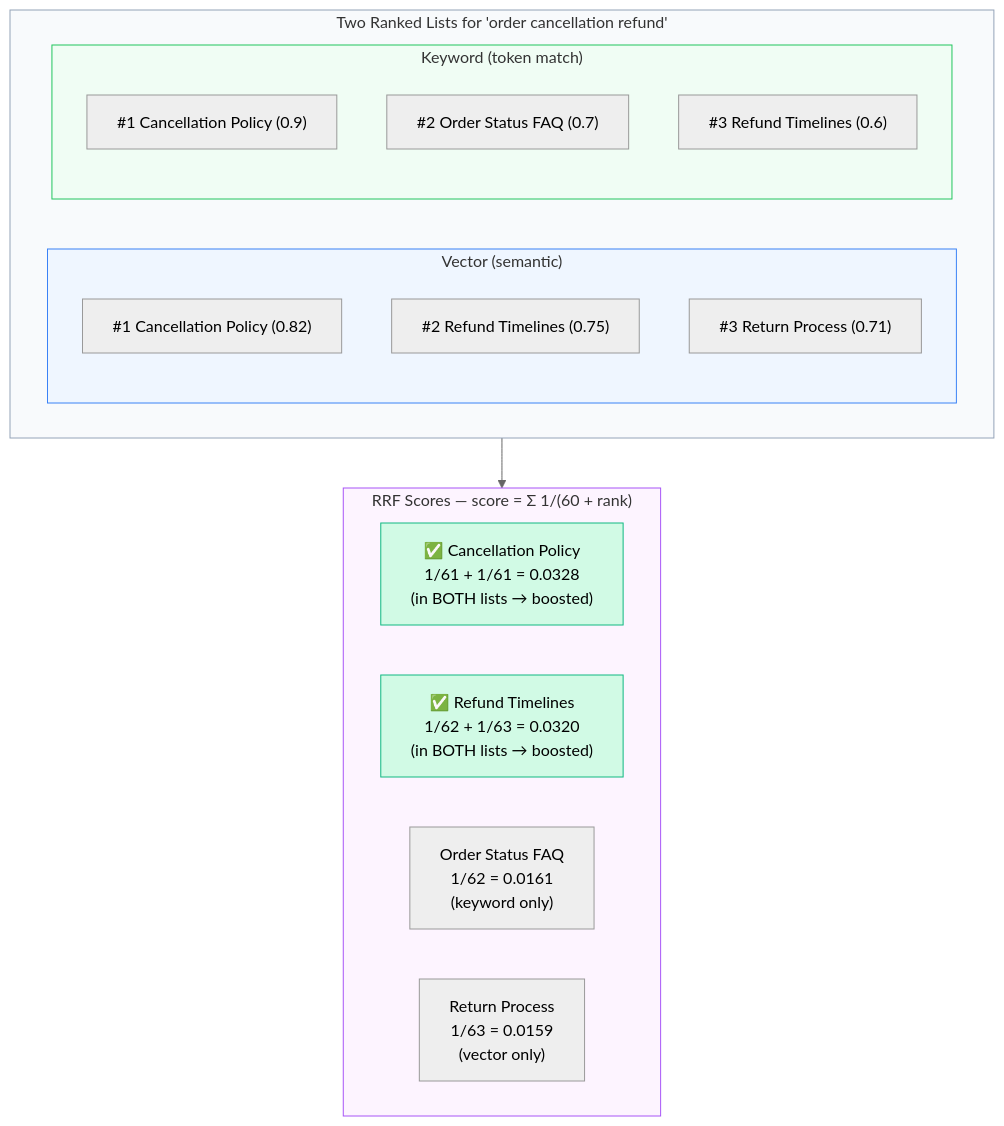
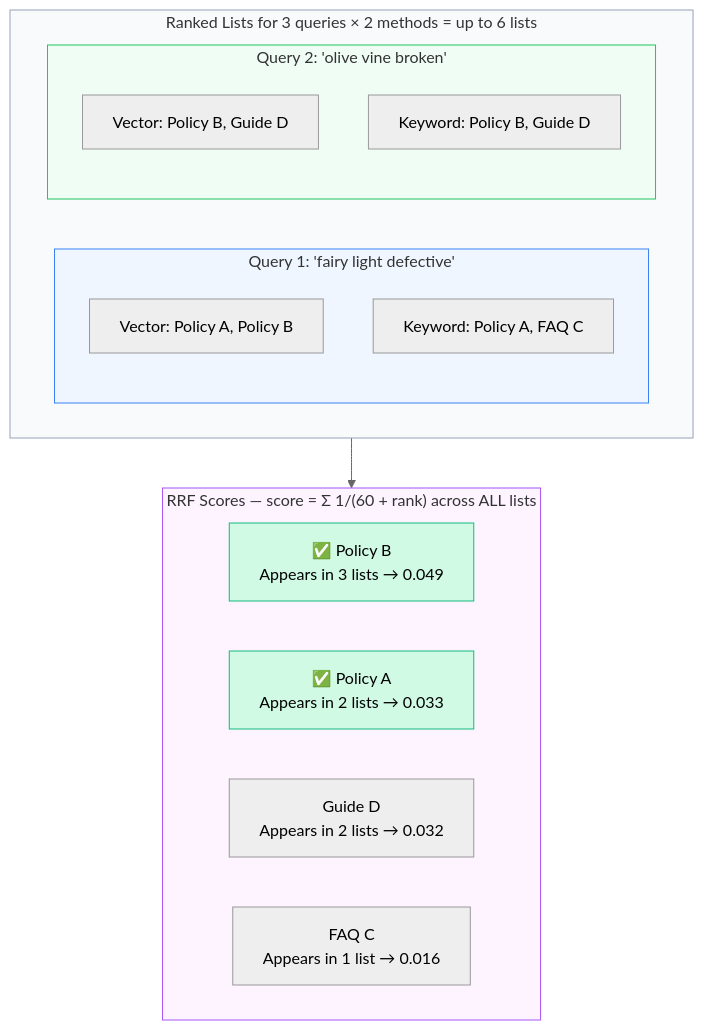
Before and after one commit to RyanJericDev/diagrams: the tenth of 10 diagrams in vector-search.md, drawn with Mermaid (neutral theme). The commit also changed other lines of this file, not shown here.

Commit message:
Update vector search diagram with multi-query, reranking, and feedback loop

````diff
--- a/vector-search.md
+++ b/vector-search.md
@@ -145,32 +321,30 @@
 ```mermaid
 flowchart TD
-    subgraph input["Two Ranked Lists for 'order cancellation refund'"]
+    subgraph input["Ranked Lists for 3 queries × 2 methods = up to 6 lists"]
         direction LR
-        subgraph vec["Vector (semantic)"]
-            V1["#1 Cancellation Policy (0.82)"]
-            V2["#2 Refund Timelines (0.75)"]
-            V3["#3 Return Process (0.71)"]
+        subgraph q1["Query 1: 'fairy light defective'"]
+            V1["Vector: Policy A, Policy B"]
+            K1["Keyword: Policy A, FAQ C"]
         end
-        subgraph kw["Keyword (token match)"]
-            K1["#1 Cancellation Policy (0.9)"]
-            K2["#2 Order Status FAQ (0.7)"]
-            K3["#3 Refund Timelines (0.6)"]
+        subgraph q2["Query 2: 'olive vine broken'"]
+            V2["Vector: Policy B, Guide D"]
+            K2["Keyword: Policy B, Guide D"]
         end
     end
 
-    subgraph rrf["RRF Scores  —  score = Σ 1/(60 + rank)"]
-        R1["✅ Cancellation Policy\n1/61 + 1/61 = 0.0328\n(in BOTH lists → boosted)"]
-        R2["✅ Refund Timelines\n1/62 + 1/63 = 0.0320\n(in BOTH lists → boosted)"]
-        R3["Order Status FAQ\n1/62 = 0.0161\n(keyword only)"]
-        R4["Return Process\n1/63 = 0.0159\n(vector only)"]
+    subgraph rrf["RRF Scores  —  score = Σ 1/(60 + rank) across ALL lists"]
+        R1["✅ Policy B\nAppears in 3 lists → 0.049"]
+        R2["✅ Policy A\nAppears in 2 lists → 0.033"]
+        R3["Guide D\nAppears in 2 lists → 0.032"]
+        R4["FAQ C\nAppears in 1 list → 0.016"]
     end
 
     input --> rrf
 
     style input fill:#f8fafc,stroke:#94a3b8,stroke-width:1px
-    style vec fill:#eff6ff,stroke:#3b82f6,stroke-width:1px
-    style kw fill:#f0fdf4,stroke:#22c55e,stroke-width:1px
+    style q1 fill:#eff6ff,stroke:#3b82f6,stroke-width:1px
+    style q2 fill:#f0fdf4,stroke:#22c55e,stroke-width:1px
     style rrf fill:#fdf4ff,stroke:#a855f7,stroke-width:1px
     style R1 fill:#d1fae5,stroke:#10b981
     style R2 fill:#d1fae5,stroke:#10b981
 ```
````
